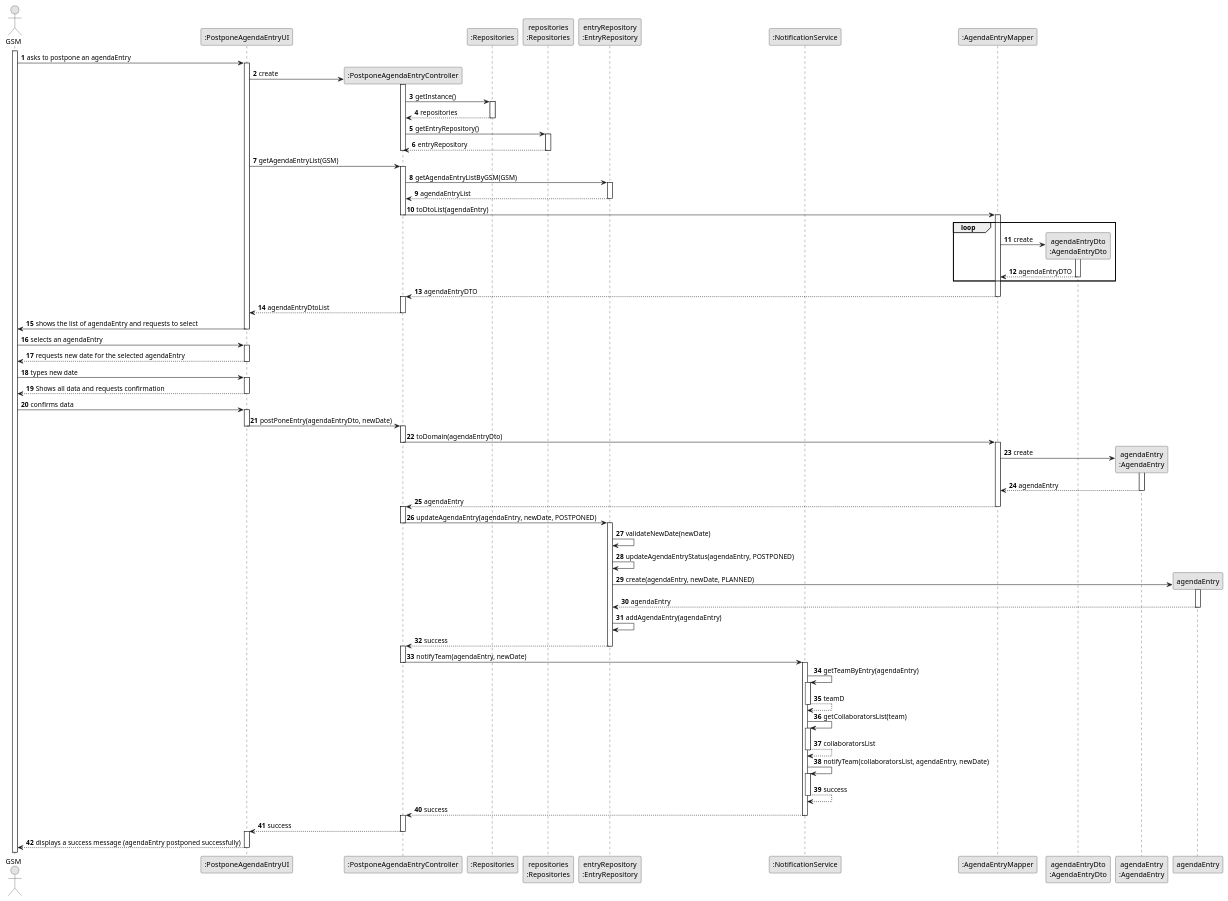
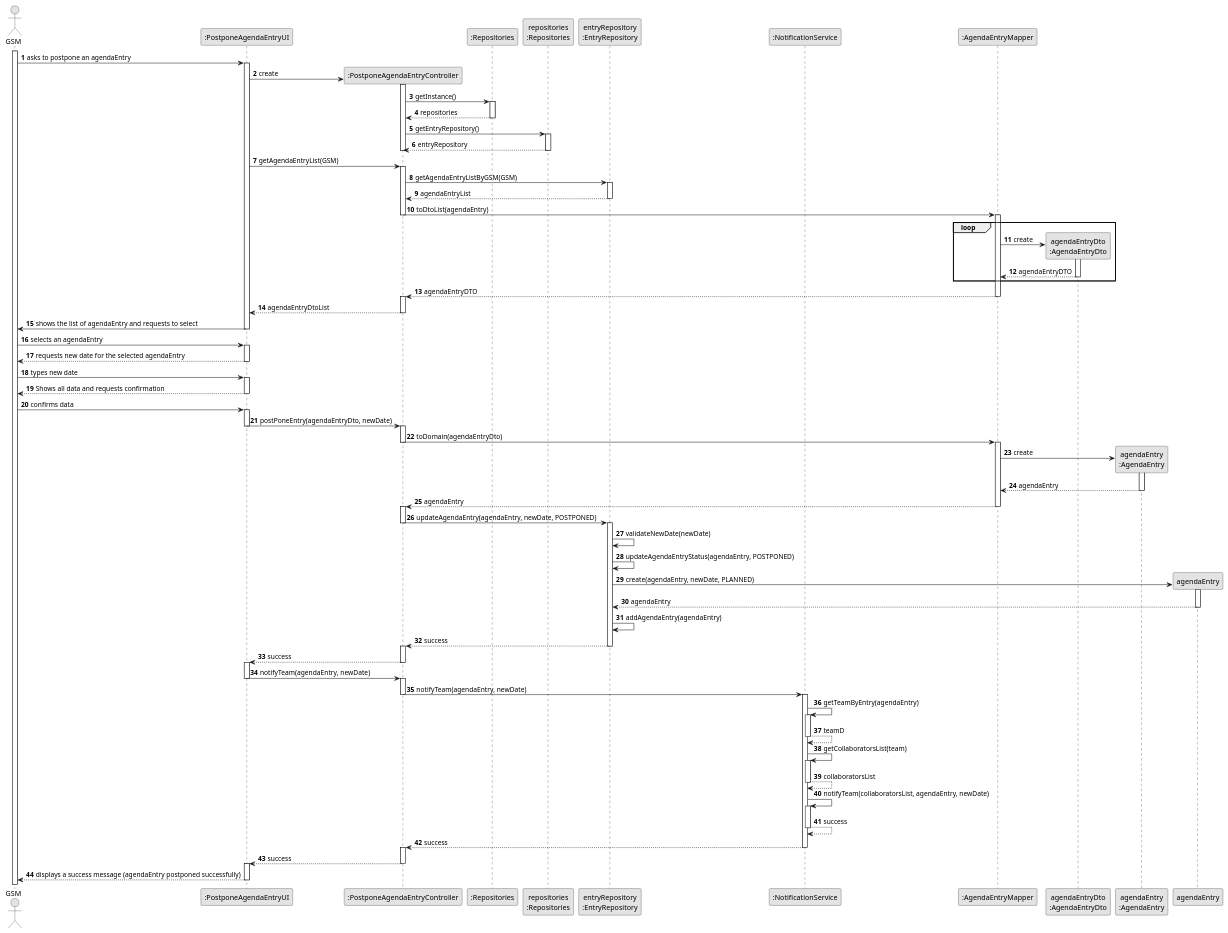
One commit to ricardomm7/leaflink changed the diagram in docs/sprintC/us024/03.design/puml/us024-sequence-diagram-full.puml. Above: the diagram before and after it, drawn with PlantUML. The commit also changed 77 other files, not shown here.

```diff
--- a/docs/sprintC/us024/03.design/puml/us024-sequence-diagram-full.puml
+++ b/docs/sprintC/us024/03.design/puml/us024-sequence-diagram-full.puml
@@ -1,162 +1,170 @@
 @startuml
 skinparam monochrome true
 skinparam packageStyle rectangle
 skinparam shadowing false
 
 autonumber
 
 actor "GSM" as GSM
 participant ":PostponeAgendaEntryUI" as UI
 participant ":PostponeAgendaEntryController" as CTRL
 participant ":Repositories" as RepositorySingleton
 participant "repositories\n:Repositories" as PLAT
 participant "entryRepository\n:EntryRepository" as EntryRepo
 participant ":NotificationService" as NotificationService
 participant ":AgendaEntryMapper" as AgendaEntryMapper
 participant "agendaEntryDto\n:AgendaEntryDto" as AgendaEntryDto
 participant "agendaEntry\n:AgendaEntry" as AgendaEntry
 
 
 
 activate GSM
 
     GSM -> UI : asks to postpone an agendaEntry
     activate UI
 
         UI -> CTRL **: create
         activate CTRL
 
             CTRL -> RepositorySingleton : getInstance()
             activate RepositorySingleton
 
                 RepositorySingleton --> CTRL : repositories
             deactivate RepositorySingleton
 
             CTRL -> PLAT : getEntryRepository()
             activate PLAT
 
                 PLAT --> CTRL : entryRepository
             deactivate PLAT
 
              deactivate CTRL
 
 
         UI -> CTRL: getAgendaEntryList(GSM)
 
         activate CTRL
 
             CTRL -> EntryRepo: getAgendaEntryListByGSM(GSM)
             activate EntryRepo
 
             EntryRepo --> CTRL: agendaEntryList
             deactivate EntryRepo
 
             CTRL -> AgendaEntryMapper : toDtoList(agendaEntry)
             deactivate CTRL
             activate AgendaEntryMapper
 
             loop
                 AgendaEntryMapper -> AgendaEntryDto** : create
                 activate AgendaEntryDto
 
                 AgendaEntryDto --> AgendaEntryMapper : agendaEntryDTO
                 deactivate AgendaEntryDto
             end
             AgendaEntryMapper --> CTRL : agendaEntryDTO
             deactivate AgendaEntryMapper
             activate CTRL
 
 
             CTRL --> UI : agendaEntryDtoList
         deactivate CTRL
 
         UI -> GSM : shows the list of agendaEntry and requests to select
     deactivate UI
 
     GSM -> UI : selects an agendaEntry
     activate UI
 
         UI --> GSM : requests new date for the selected agendaEntry
     deactivate UI
 
     GSM -> UI : types new date
     activate UI
 
     UI --> GSM : Shows all data and requests confirmation
     deactivate UI
 
     GSM -> UI: confirms data
     activate UI
 
         UI -> CTRL : postPoneEntry(agendaEntryDto, newDate)
         deactivate UI
         activate CTRL
 
             CTRL -> AgendaEntryMapper : toDomain(agendaEntryDto)
             deactivate CTRL
             activate AgendaEntryMapper
 
                 AgendaEntryMapper -> AgendaEntry** : create
                 activate AgendaEntry
 
                 AgendaEntry --> AgendaEntryMapper : agendaEntry
                 deactivate AgendaEntry
 
             AgendaEntryMapper --> CTRL : agendaEntry
             deactivate AgendaEntryMapper
             activate CTRL
 
             CTRL -> EntryRepo : updateAgendaEntry(agendaEntry, newDate, POSTPONED)
             deactivate CTRL
             activate EntryRepo
 
                 EntryRepo -> EntryRepo : validateNewDate(newDate)
                 EntryRepo -> EntryRepo : updateAgendaEntryStatus(agendaEntry, POSTPONED)
 
                 EntryRepo -> agendaEntry **: create(agendaEntry, newDate, PLANNED)
                 activate agendaEntry
 
                 agendaEntry--> EntryRepo: agendaEntry
                 deactivate agendaEntry
 
                 EntryRepo -> EntryRepo: addAgendaEntry(agendaEntry)
 
 
             EntryRepo --> CTRL : success
             deactivate EntryRepo
             activate CTRL
 
+           CTRL --> UI: success
+           deactivate CTRL
+           activate UI
+
+           UI-> CTRL: notifyTeam(agendaEntry, newDate)
+           deactivate UI
+           activate CTRL
+
             CTRL -> NotificationService : notifyTeam(agendaEntry, newDate)
             deactivate CTRL
             activate NotificationService
 
                 NotificationService -> NotificationService : getTeamByEntry(agendaEntry)
                 activate NotificationService
 
                 NotificationService --> NotificationService : teamD
                 deactivate NotificationService
 
                 NotificationService -> NotificationService : getCollaboratorsList(team)
                 activate NotificationService
 
                 NotificationService --> NotificationService : collaboratorsList
                 deactivate NotificationService
 
                 NotificationService -> NotificationService : notifyTeam(collaboratorsList, agendaEntry, newDate)
                 activate NotificationService
 
                 NotificationService --> NotificationService : success
                 deactivate NotificationService
 
                 NotificationService --> CTRL : success
                 deactivate NotificationService
         activate CTRL
 
         CTRL --> UI : success
     deactivate CTRL
     activate UI
 
     UI --> GSM : displays a success message (agendaEntry postponed successfully)
 deactivate UI
 
 @enduml
```
